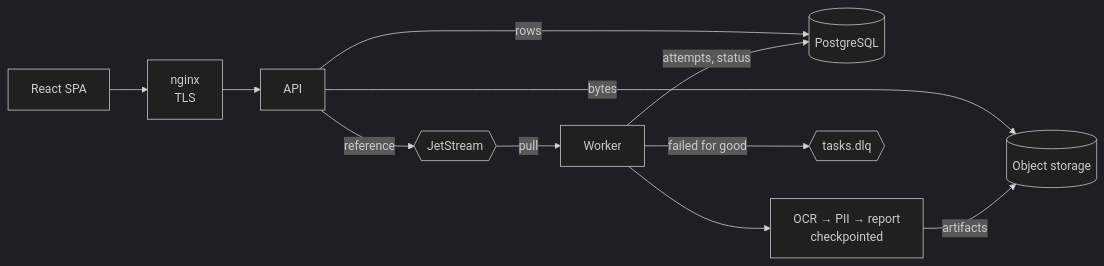
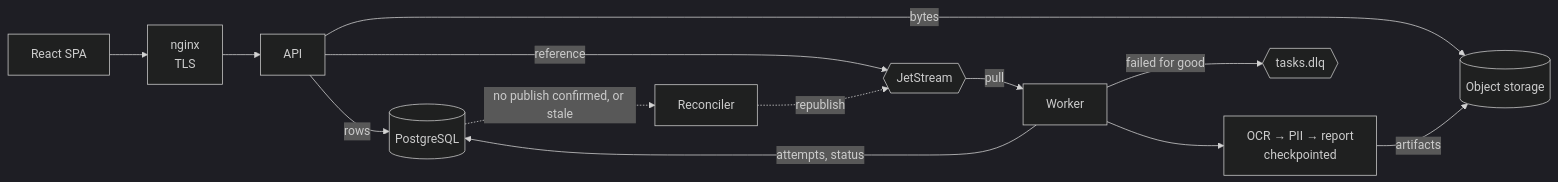
One commit to dedezza1D/taskflow changed the diagram in README.md. Above: the diagram before and after it, drawn with Mermaid (dark theme). The commit also changed other lines of this file and 13 other files, not shown here.

````diff
--- a/README.md
+++ b/README.md
@@ -64,21 +65,24 @@
 ```mermaid
 flowchart LR
     UI["React SPA"]
     NGINX["nginx<br/>TLS"]
     API["API"]
     OBJ[("Object storage")]
     PG[("PostgreSQL")]
     JS{{"JetStream"}}
     W["Worker"]
     STAGES["OCR → PII → report<br/>checkpointed"]
     DLQ{{"tasks.dlq"}}
 
     UI --> NGINX --> API
     API -->|bytes| OBJ
     API -->|rows| PG
     API -->|reference| JS
     JS -->|pull| W --> STAGES
     STAGES -->|artifacts| OBJ
     W -->|"attempts, status"| PG
     W -->|"failed for good"| DLQ
+    REC["Reconciler"]
+    PG -.->|"no publish confirmed, or stale"| REC
+    REC -.->|republish| JS
 ```
````
